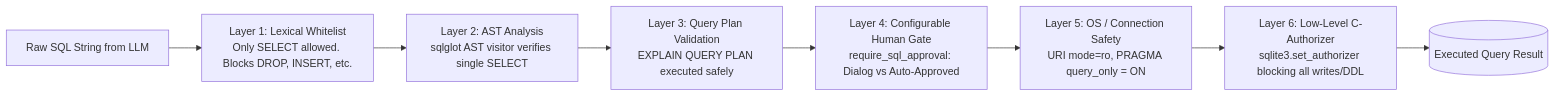
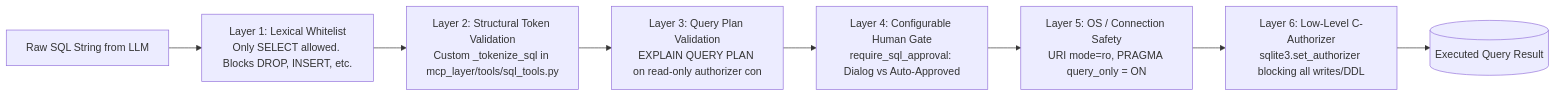
Before and after one commit to BogdanCTU/Applied-Computational-Intelligence-UBB: the sixth of 6 diagrams in Year2_Semester1_DeclarativeProgrammingMachineLearning/FinalProject_SQLAgent/SOLUTION.md, drawn with Mermaid. The commit also changed other lines of this file and 5 other files, not shown here.

````diff
--- a/Year2_Semester1_DeclarativeProgrammingMachineLearning/FinalProject_SQLAgent/SOLUTION.md
+++ b/Year2_Semester1_DeclarativeProgrammingMachineLearning/FinalProject_SQLAgent/SOLUTION.md
@@ -458,10 +458,10 @@
 ```mermaid
 graph LR
     SQL["Raw SQL String from LLM"] --> L1["Layer 1: Lexical Whitelist\nOnly SELECT allowed. Blocks DROP, INSERT, etc."]
-    L1 --> L2["Layer 2: AST Analysis\nsqlglot AST visitor verifies single SELECT"]
-    L2 --> L3["Layer 3: Query Plan Validation\nEXPLAIN QUERY PLAN executed safely"]
+    L1 --> L2["Layer 2: Structural Token Validation\nCustom _tokenize_sql in mcp_layer/tools/sql_tools.py"]
+    L2 --> L3["Layer 3: Query Plan Validation\nEXPLAIN QUERY PLAN on read-only authorizer con"]
     L3 --> L4["Layer 4: Configurable Human Gate\nrequire_sql_approval: Dialog vs Auto-Approved"]
     L4 --> L5["Layer 5: OS / Connection Safety\nURI mode=ro, PRAGMA query_only = ON"]
     L5 --> L6["Layer 6: Low-Level C-Authorizer\nsqlite3.set_authorizer blocking all writes/DDL"]
     L6 --> EXEC[("Executed Query Result")]
 ```
````
